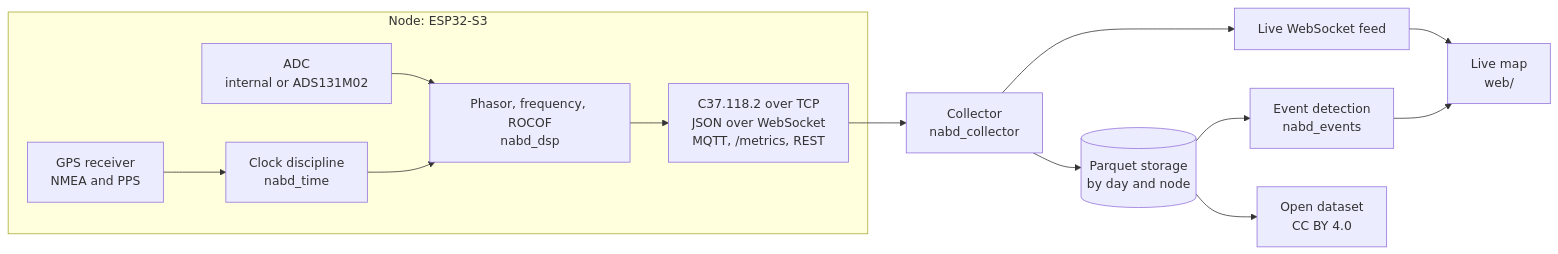
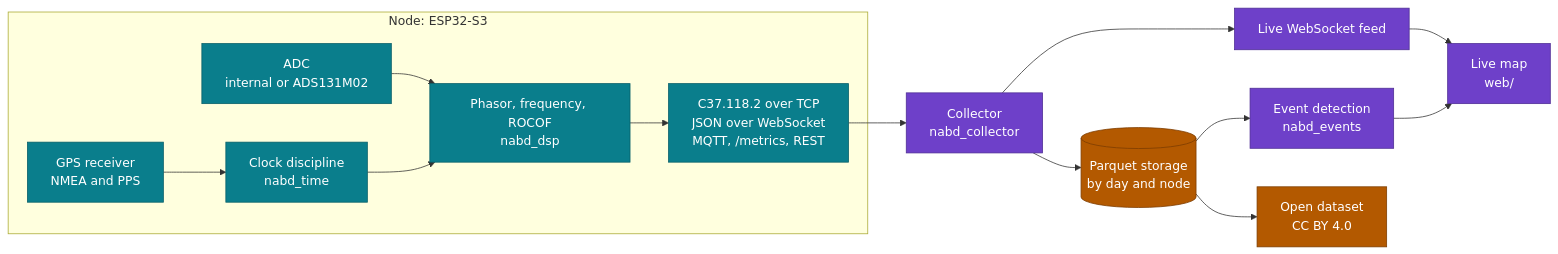
One commit to akeanti/nabd changed the diagram in README.md. Above: the diagram before and after it, drawn with Mermaid. The commit also changed other lines of this file and 15 other files, not shown here.

````diff
--- a/README.md
+++ b/README.md
@@ -78,16 +200,23 @@
 ```mermaid
 flowchart LR
   subgraph node["Node: ESP32-S3"]
     gps["GPS receiver<br/>NMEA and PPS"] --> clock["Clock discipline<br/>nabd_time"]
     adc["ADC<br/>internal or ADS131M02"] --> dsp["Phasor, frequency, ROCOF<br/>nabd_dsp"]
     clock --> dsp
     dsp --> outputs["C37.118.2 over TCP<br/>JSON over WebSocket<br/>MQTT, /metrics, REST"]
   end
   outputs --> collector["Collector<br/>nabd_collector"]
   collector --> storage[("Parquet storage<br/>by day and node")]
   collector --> feed["Live WebSocket feed"]
   feed --> map["Live map<br/>web/"]
   storage --> events["Event detection<br/>nabd_events"]
   events --> map
   storage --> dataset["Open dataset<br/>CC BY 4.0"]
+
+  classDef device fill:#0A7E8C,stroke:#075E68,color:#FFFFFF
+  classDef service fill:#6E40C9,stroke:#4E2C94,color:#FFFFFF
+  classDef data fill:#B35900,stroke:#7C3D00,color:#FFFFFF
+  class gps,clock,adc,dsp,outputs device
+  class collector,feed,events,map service
+  class storage,dataset data
 ```
````
